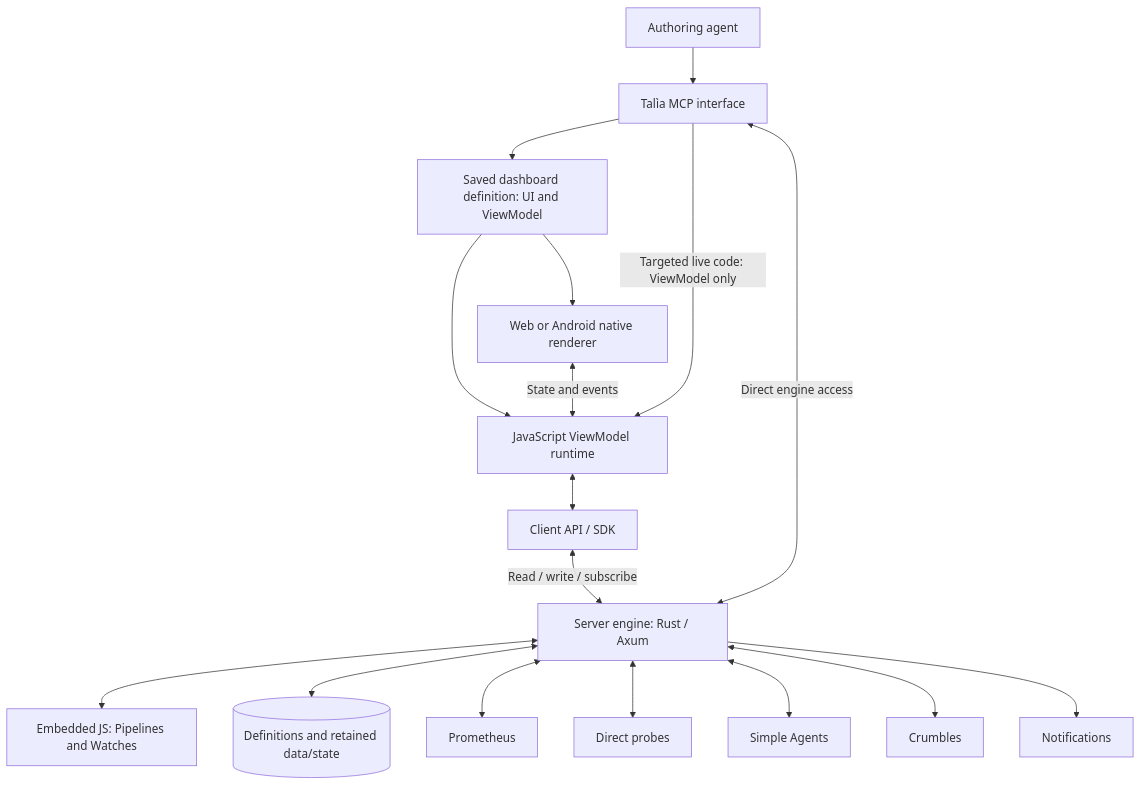
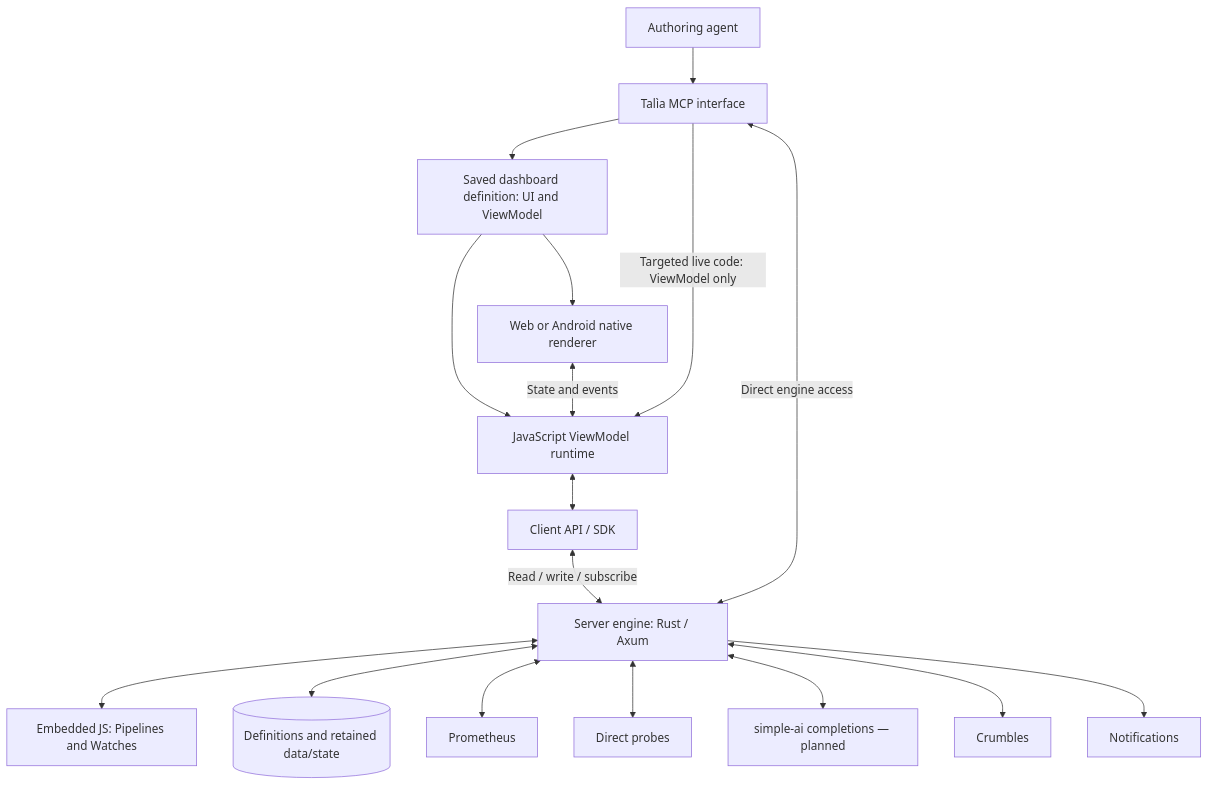
One commit to lelloman/talia changed the diagram in docs/architecture.md. Above: the diagram before and after it, drawn with Mermaid. The commit also changed other lines of this file and 66 other files, not shown here.

First line of the commit message:
Remove Simple Agents integration and preserve retired workflow history

````diff
--- a/docs/architecture.md
+++ b/docs/architecture.md
@@ -22,19 +22,19 @@
 ```mermaid
 flowchart TD
     A[Authoring agent] --> MCP[Talìa MCP interface]
     MCP --> DEF[Saved dashboard definition: UI and ViewModel]
     DEF --> UI[Web or Android native renderer]
     DEF --> VM[JavaScript ViewModel runtime]
     UI <-->|State and events| VM
     MCP -->|Targeted live code: ViewModel only| VM
     VM <--> SDK[Client API / SDK]
     SDK <-->|Read / write / subscribe| E[Server engine: Rust / Axum]
     E <--> JS[Embedded JS: Pipelines and Watches]
     E <--> DB[(Definitions and retained data/state)]
     MCP <-->|Direct engine access| E
     E <--> P[Prometheus]
     E <--> D[Direct probes]
-    E <--> S[Simple Agents]
+    E <--> S[simple-ai completions — planned]
     E <--> C[Crumbles]
     E --> N[Notifications]
 ```
````
